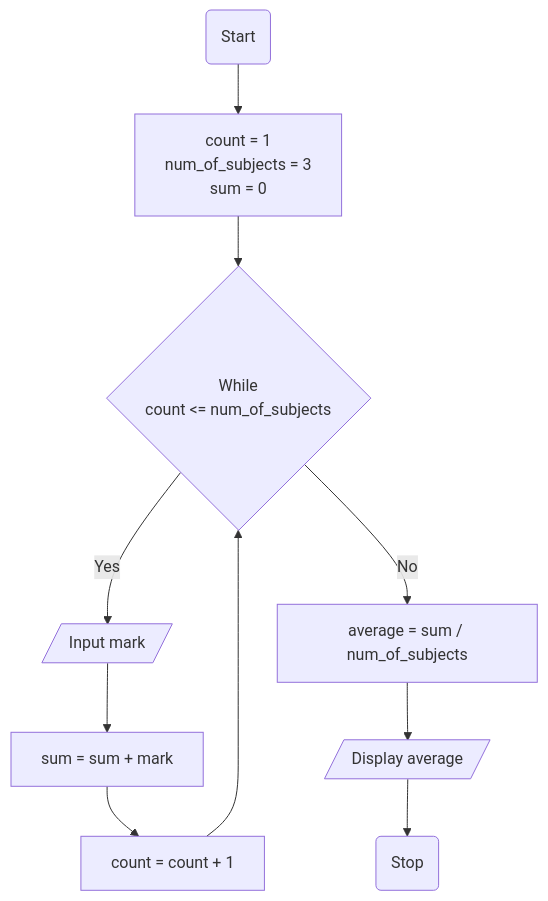
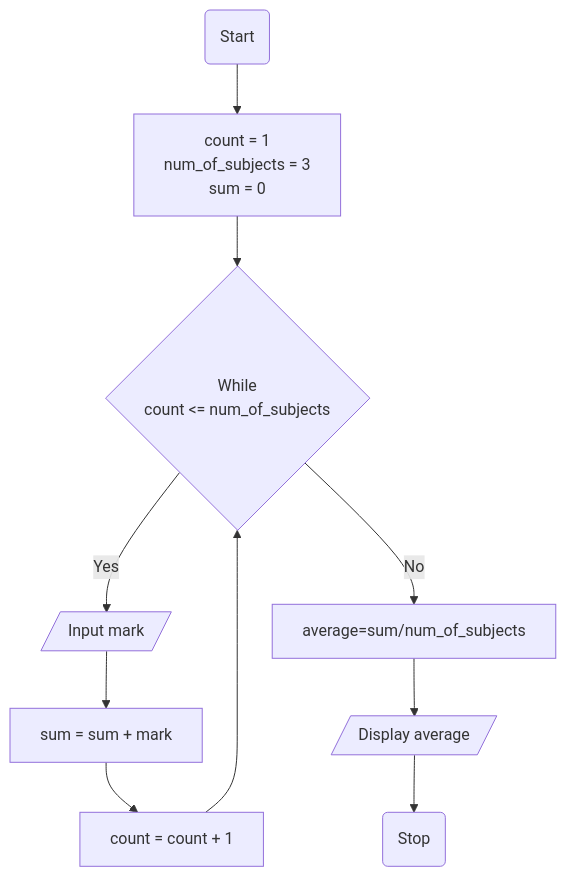
Before and after one commit to jayani-athukorala/algorithm-flowchart-workshop: the second of 10 diagrams in README.md, drawn with Mermaid. The commit also changed other lines of this file, not shown here.

Commit message:
Add mermaid flowchart for Q5 modification

````diff
--- a/README.md
+++ b/README.md
@@ -62,12 +62,12 @@
 ```mermaid
 flowchart TD
     A(Start) --> B[count = 1<br>num_of_subjects = 3<br>sum = 0]
     B --> C{While<br>count <= num_of_subjects}
     C -- Yes --> D[/Input mark/]
     D --> E[sum = sum + mark]
     E --> F[count = count + 1]
     F --> C
-    C -- No --> G[average = sum / num_of_subjects]
+    C -- No --> G[average=sum/num_of_subjects]
     G --> H[/Display average/]
     H --> I(Stop)
 ```
````
